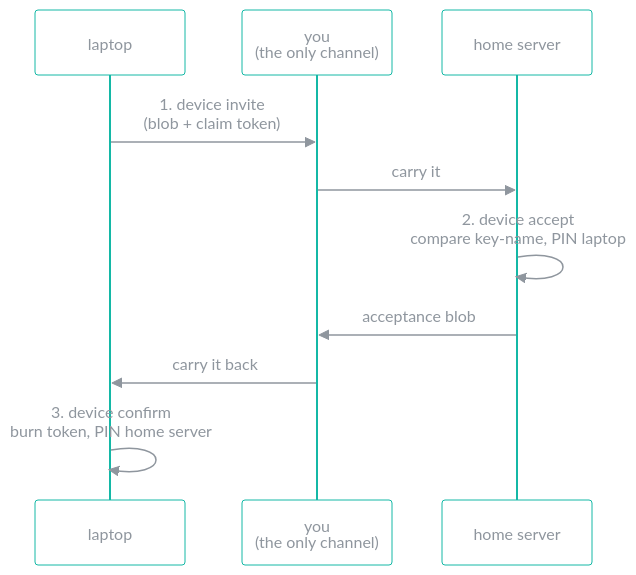
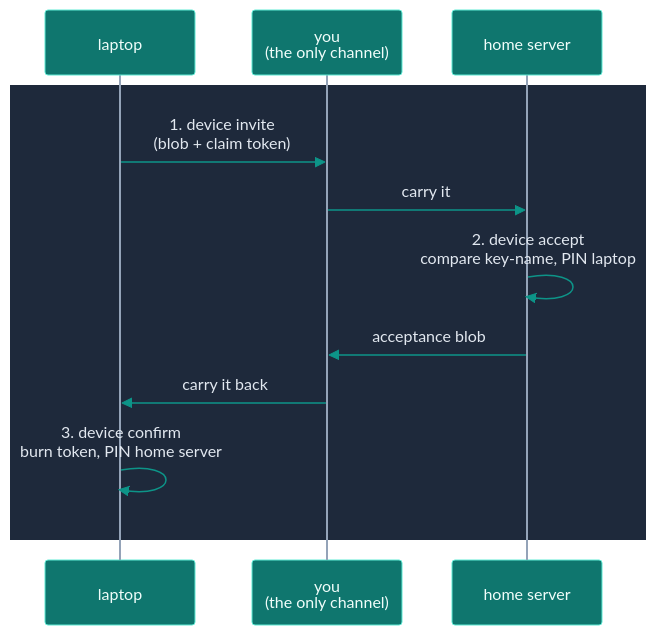
The diagram in site/docs/nodes.md (vul-os/slipscan), drawn with Mermaid before and after one commit. The commit also changed 1 other file, not shown here.

Commit message:
docs: restyle NODES's pairing-ceremony diagram with the tier palette
Same recolor as EMAIL.md's sequence diagram, for the same reasons: uniform
opaque actor styling (fill #0f766e / border #5eead4 / text #f0fdfa, 5.25:1)
since mermaid sequence diagrams can't tier individual participants, signal
lines #0d9488, and the message sequence wrapped in `rect rgb(30, 41, 59)` so
message text has its own fixed background (11.87:1) instead of floating over
whatever the page background happens to be. This diagram already carried a
theme init (the same low-contrast transparent/#8f969e/#14b8a6 palette
README's diagrams had) rather than bare defaults; replaced entirely.

site/docs/nodes.md regenerated with `node scripts/sync-docs.ts`.

Verified: rendered with mermaid-cli at -b '#ffffff' and -b '#0d1117', no
parse errors, all three actors and every message/note legible in both. No
.mmd/.png committed.

Agent-generated, machine-verified, NOT human-reviewed.

````diff
--- a/site/docs/nodes.md
+++ b/site/docs/nodes.md
@@ -52,13 +52,16 @@
 ```mermaid
-%%{init: {'theme':'base','themeVariables':{'fontFamily':'ui-monospace, SFMono-Regular, Menlo, monospace','primaryColor':'transparent','primaryBorderColor':'#14b8a6','primaryTextColor':'#8f969e','lineColor':'#8a8f98','nodeBorder':'#5f8f8a','edgeLabelBackground':'transparent','clusterBorder':'#3f8f86','clusterBkg':'transparent'}}}%%
+%%{init: {'theme':'base','themeVariables':{'fontFamily':'ui-monospace, SFMono-Regular, Menlo, monospace','actorBkg':'#0f766e','actorBorder':'#5eead4','actorTextColor':'#f0fdfa','actorLineColor':'#94a3b8','signalColor':'#0d9488','signalTextColor':'#e2e8f0','noteBkgColor':'#1e293b','noteBorderColor':'#64748b','noteTextColor':'#e2e8f0'}}}%%
 sequenceDiagram
     participant A as laptop
     participant H as you<br/>(the only channel)
     participant B as home server
+
+    rect rgb(30, 41, 59)
     A->>H: 1. device invite<br/>(blob + claim token)
     H->>B: carry it
     B->>B: 2. device accept<br/>compare key-name, PIN laptop
     B->>H: acceptance blob
     H->>A: carry it back
     A->>A: 3. device confirm<br/>burn token, PIN home server
+    end
 ```
````
